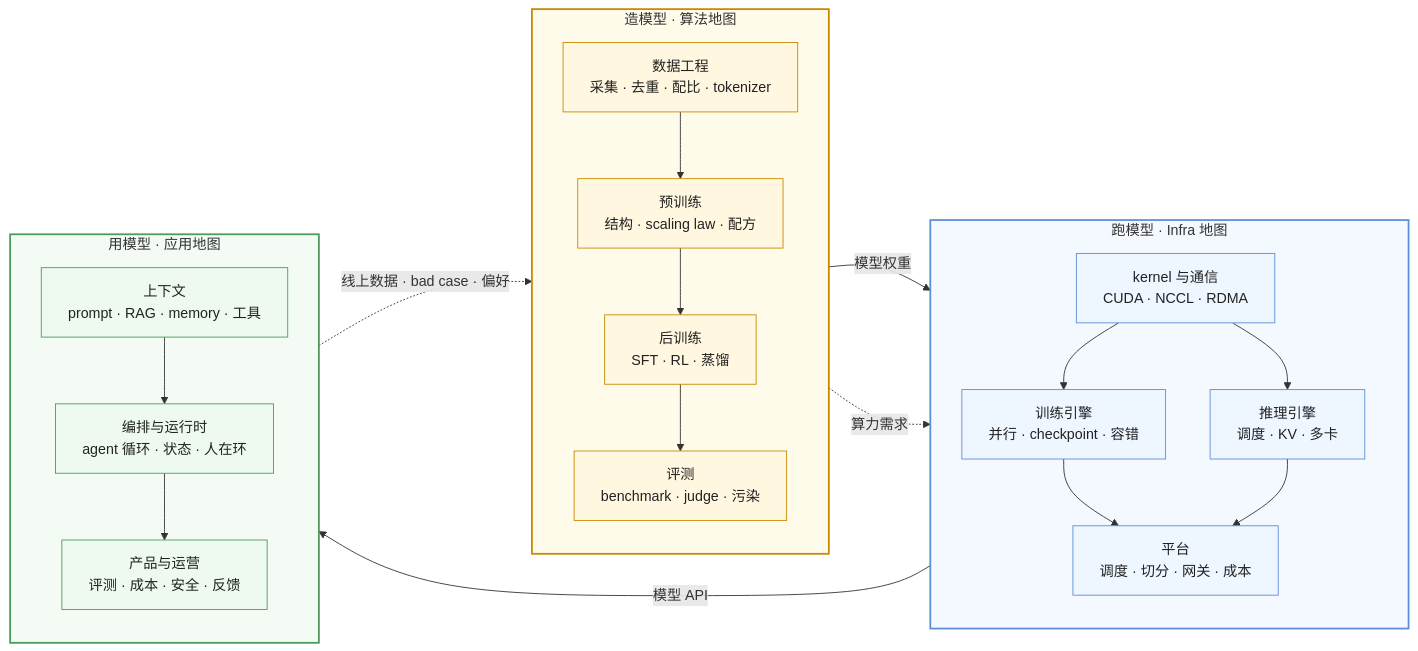
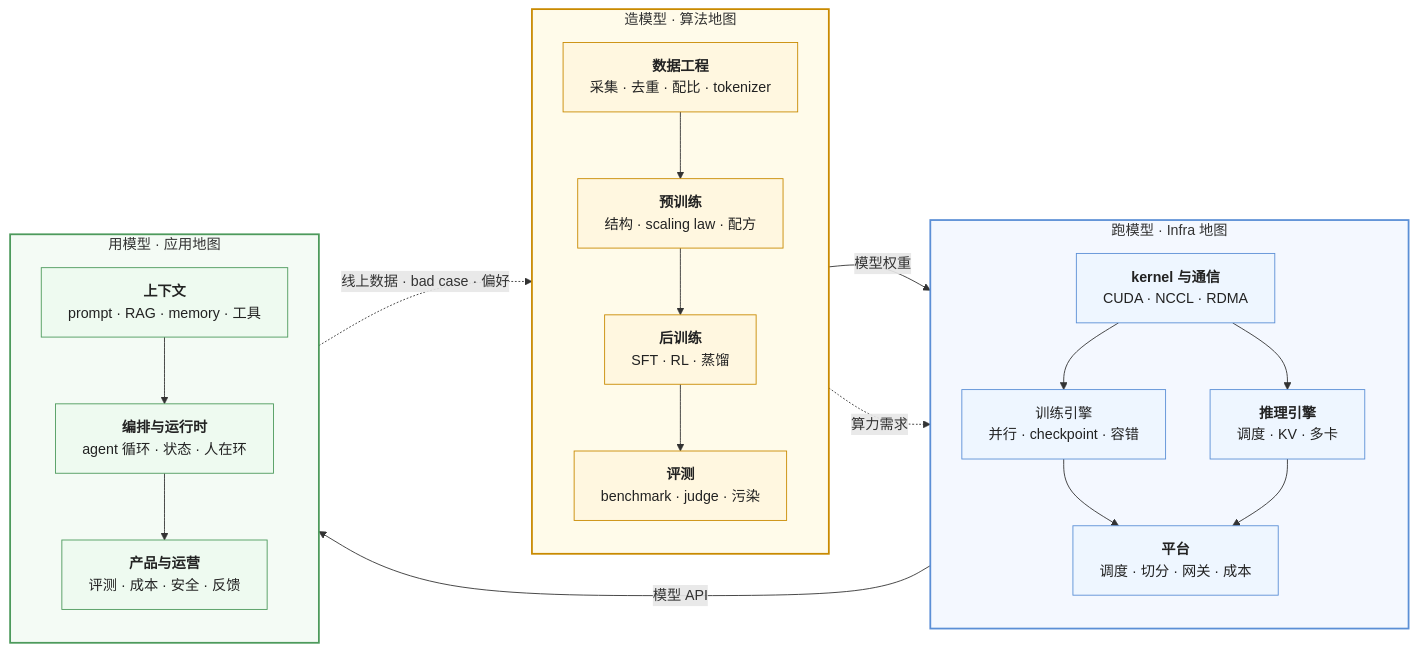
Before and after one commit to arganzheng/arganzheng.github.com: the first of 2 diagrams in _posts/2026-01-01-ai-fullstack-learning-roadmap.md, drawn with Mermaid. The commit also changed 1 other file, not shown here.

Commit message:
路线图与其他：Mermaid 多行方框的首行标为标题（2 篇）
只在标签开头加 <b>…</b>，文字不变；长句、断句续行、代码 / 推演步骤、
并列行和判断菱形保持原样。

````diff
--- a/_posts/2026-01-01-ai-fullstack-learning-roadmap.md
+++ b/_posts/2026-01-01-ai-fullstack-learning-roadmap.md
@@ -32,45 +32,45 @@
 ```mermaid
 %%{init: {"flowchart": {"wrappingWidth": 260}}}%%
 %% 图：模型的一生：三张地图在同一条链上，实线是产物的流动，虚线是需求的回流
 flowchart LR
     subgraph ALGO["造模型 · 算法地图"]
         direction TB
-        DATA["数据工程<br/>采集 · 去重 · 配比 · tokenizer"]
-        PRE["预训练<br/>结构 · scaling law · 配方"]
-        POST["后训练<br/>SFT · RL · 蒸馏"]
-        EVAL["评测<br/>benchmark · judge · 污染"]
+        DATA["<b>数据工程</b><br/>采集 · 去重 · 配比 · tokenizer"]
+        PRE["<b>预训练</b><br/>结构 · scaling law · 配方"]
+        POST["<b>后训练</b><br/>SFT · RL · 蒸馏"]
+        EVAL["<b>评测</b><br/>benchmark · judge · 污染"]
         DATA --> PRE --> POST --> EVAL
     end
     subgraph INFRA["跑模型 · Infra 地图"]
         direction TB
         TRAIN["训练引擎<br/>并行 · checkpoint · 容错"]
-        SERVE["推理引擎<br/>调度 · KV · 多卡"]
-        PLAT["平台<br/>调度 · 切分 · 网关 · 成本"]
-        KERN["kernel 与通信<br/>CUDA · NCCL · RDMA"]
+        SERVE["<b>推理引擎</b><br/>调度 · KV · 多卡"]
+        PLAT["<b>平台</b><br/>调度 · 切分 · 网关 · 成本"]
+        KERN["<b>kernel 与通信</b><br/>CUDA · NCCL · RDMA"]
         KERN --> TRAIN
         KERN --> SERVE
         TRAIN --> PLAT
         SERVE --> PLAT
     end
     subgraph APP["用模型 · 应用地图"]
         direction TB
-        CTX["上下文<br/>prompt · RAG · memory · 工具"]
-        AGENT["编排与运行时<br/>agent 循环 · 状态 · 人在环"]
-        PROD["产品与运营<br/>评测 · 成本 · 安全 · 反馈"]
+        CTX["<b>上下文</b><br/>prompt · RAG · memory · 工具"]
+        AGENT["<b>编排与运行时</b><br/>agent 循环 · 状态 · 人在环"]
+        PROD["<b>产品与运营</b><br/>评测 · 成本 · 安全 · 反馈"]
         CTX --> AGENT --> PROD
     end
     EVAL -- "模型权重" --> SERVE
     PRE -. "算力需求" .-> TRAIN
     PLAT -- "模型 API" --> CTX
     PROD -. "线上数据 · bad case · 偏好" .-> DATA
 
     classDef algo fill:#fff7e0,stroke:#c98a00,stroke-width:1px,color:#222
     classDef infra fill:#eef6ff,stroke:#5b8fd6,stroke-width:1px,color:#222
     classDef app fill:#eefaf0,stroke:#4d9a5c,stroke-width:1px,color:#222
     class DATA,PRE,POST,EVAL algo
     class TRAIN,SERVE,PLAT,KERN infra
     class CTX,AGENT,PROD app
     style ALGO fill:#fffbea,stroke:#c98a00,stroke-width:2px
     style INFRA fill:#f4f8ff,stroke:#5b8fd6,stroke-width:2px
     style APP fill:#f4fbf5,stroke:#4d9a5c,stroke-width:2px
 ```
````
